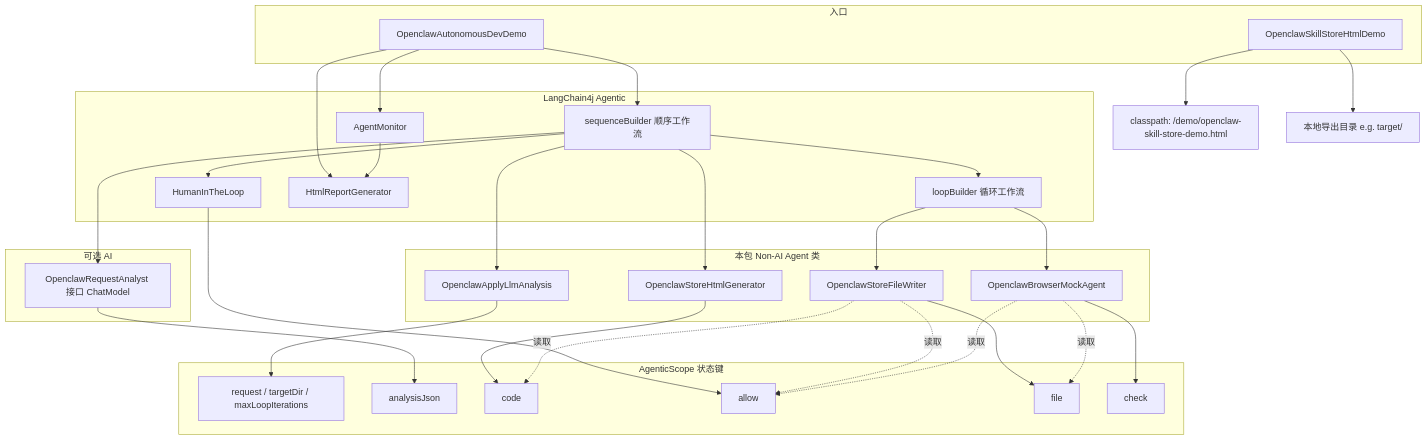
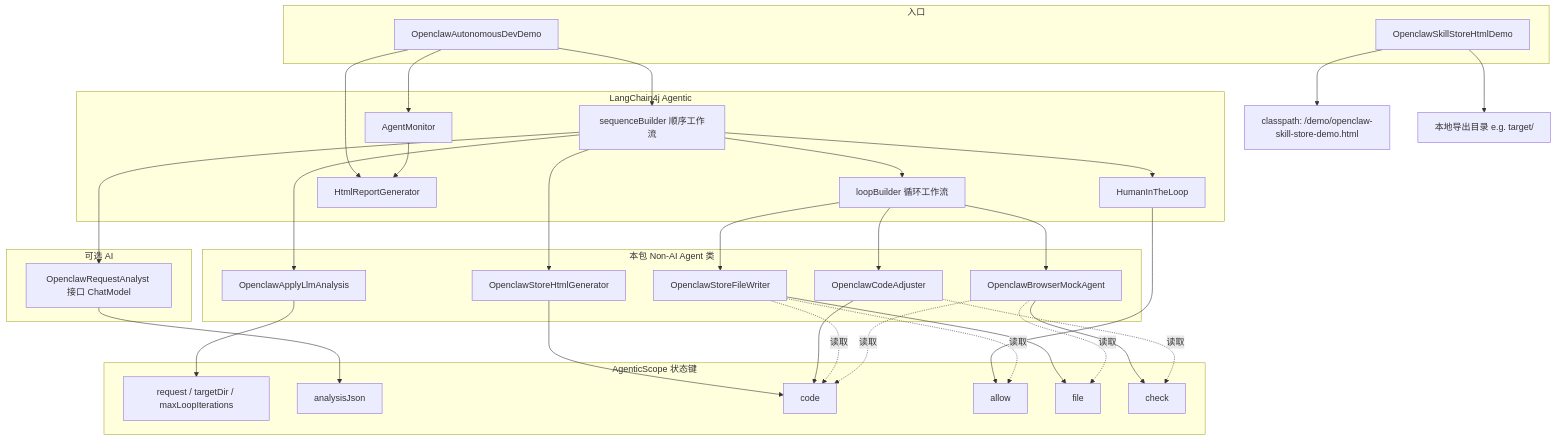
Before and after one commit to pengjian10001/uai: the first of 2 diagrams in uai-example/README.md, drawn with Mermaid. The commit also changed other lines of this file and 18 other files, not shown here.

````diff
--- a/uai-example/README.md
+++ b/uai-example/README.md
@@ -58,60 +60,64 @@
 ```mermaid
 flowchart TB
   subgraph entry["入口"]
     OAD["OpenclawAutonomousDevDemo"]
     OSH["OpenclawSkillStoreHtmlDemo"]
   end
 
   subgraph ai["可选 AI"]
     ORA["OpenclawRequestAnalyst 接口 ChatModel"]
   end
 
   subgraph agents["本包 Non-AI Agent 类"]
     OALA["OpenclawApplyLlmAnalysis"]
     OHG["OpenclawStoreHtmlGenerator"]
+    OCA["OpenclawCodeAdjuster"]
     OFW["OpenclawStoreFileWriter"]
     OBM["OpenclawBrowserMockAgent"]
   end
 
   subgraph lc["LangChain4j Agentic"]
     SEQ["sequenceBuilder 顺序工作流"]
     LOOP["loopBuilder 循环工作流"]
     HITL["HumanInTheLoop"]
     MON["AgentMonitor"]
     REP["HtmlReportGenerator"]
   end
 
   subgraph state["AgenticScope 状态键"]
     K1["request / targetDir / maxLoopIterations"]
     Ka["analysisJson"]
     K2["code"]
     K3["allow"]
     K4["file"]
     K5["check"]
   end
 
   OAD --> MON
   OAD --> SEQ
   SEQ --> ORA
   SEQ --> OALA
   SEQ --> OHG
   SEQ --> HITL
   SEQ --> LOOP
+  LOOP --> OBM
+  LOOP --> OCA
   LOOP --> OFW
-  LOOP --> OBM
   ORA --> Ka
   OALA --> K1
   OHG --> K2
   HITL --> K3
   OFW --> K4
   OBM --> K5
+  OCA --> K2
   OFW -.->|读取| K2
   OFW -.->|读取| K3
-  OBM -.->|读取| K3
+  OBM -.->|读取| K2
   OBM -.->|读取| K4
+  OCA -.->|读取| K5
   OAD --> REP
   MON --> REP
 
   OSH --> RES["classpath: /demo/openclaw-skill-store-demo.html"]
   OSH --> DISK["本地导出目录 e.g. target/"]
 ```
````
